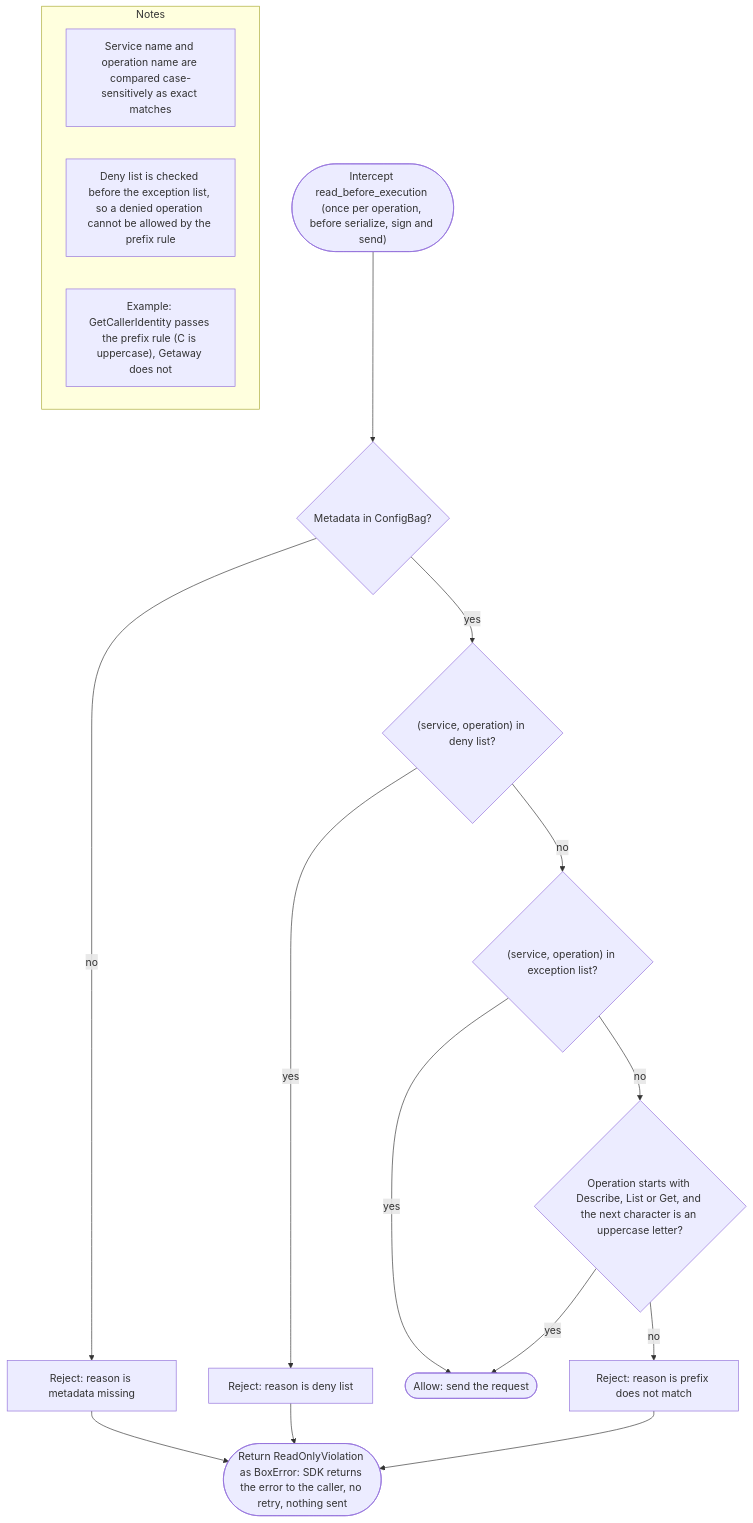
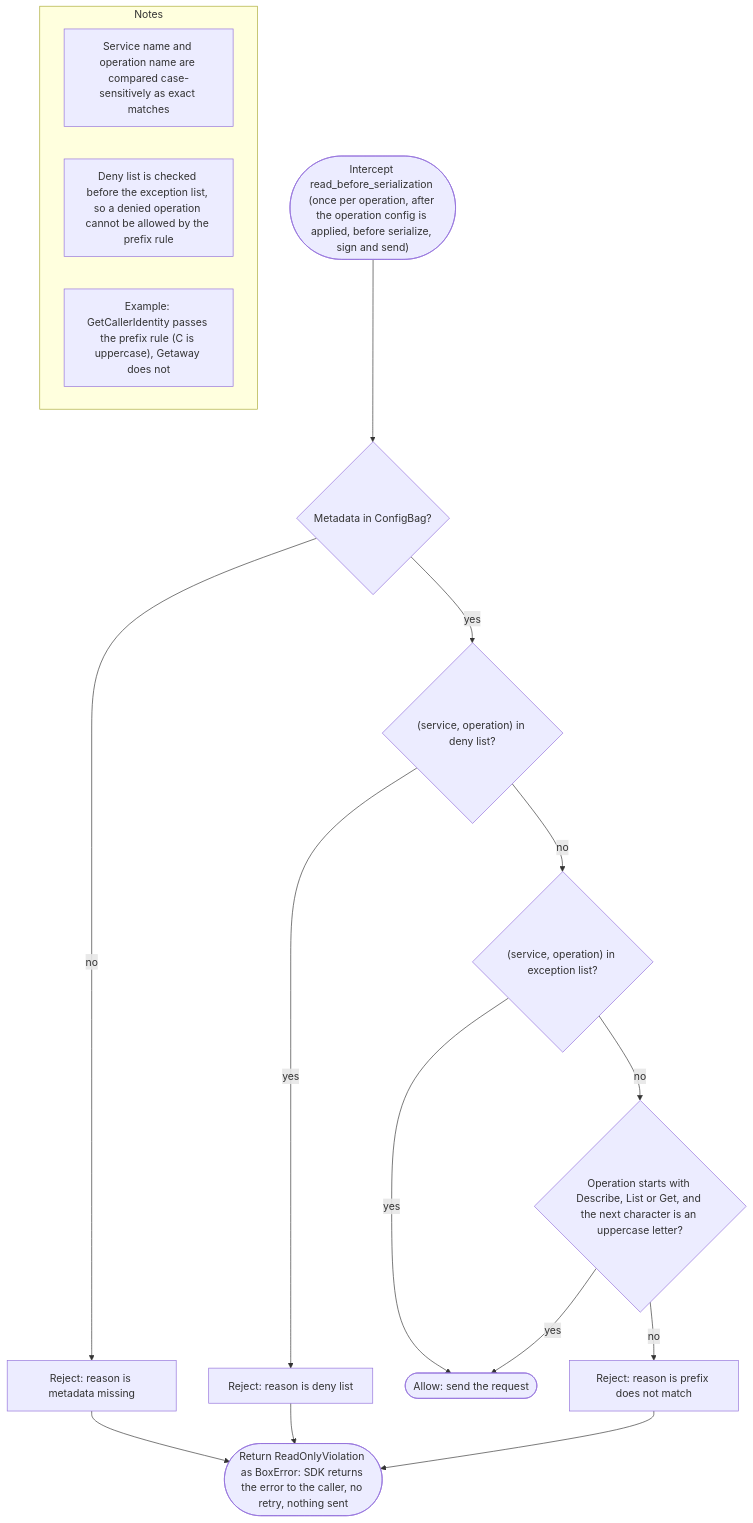
One commit to morryyrrom/yata-cli changed the diagram in docs/diagrams/Diagram-0007-Read-Only-Guard-Decision.md. Above: the diagram before and after it, drawn with Mermaid. The commit also changed 31 other files, not shown here.

````diff
--- a/docs/diagrams/Diagram-0007-Read-Only-Guard-Decision.md
+++ b/docs/diagrams/Diagram-0007-Read-Only-Guard-Decision.md
@@ -3,21 +3,21 @@
 ```mermaid
 flowchart TD
-    start(["Intercept read_before_execution (once per operation, before serialize, sign and send)"]) --> meta{"Metadata in ConfigBag?"}
+    start(["Intercept read_before_serialization (once per operation, after the operation config is applied, before serialize, sign and send)"]) --> meta{"Metadata in ConfigBag?"}
     meta -->|no| rm["Reject: reason is metadata missing"]
     meta -->|yes| deny{"(service, operation) in deny list?"}
     deny -->|yes| rd["Reject: reason is deny list"]
     deny -->|no| exc{"(service, operation) in exception list?"}
     exc -->|yes| allow(["Allow: send the request"])
     exc -->|no| pre{"Operation starts with Describe, List or Get, and the next character is an uppercase letter?"}
     pre -->|yes| allow
     pre -->|no| rp["Reject: reason is prefix does not match"]
     rm --> err(["Return ReadOnlyViolation as BoxError: SDK returns the error to the caller, no retry, nothing sent"])
     rd --> err
     rp --> err
 
     subgraph notes ["Notes"]
         n_case["Service name and operation name are compared case-sensitively as exact matches"]
         n_order["Deny list is checked before the exception list, so a denied operation cannot be allowed by the prefix rule"]
         n_example["Example: GetCallerIdentity passes the prefix rule (C is uppercase), Getaway does not"]
     end
 ```
````
